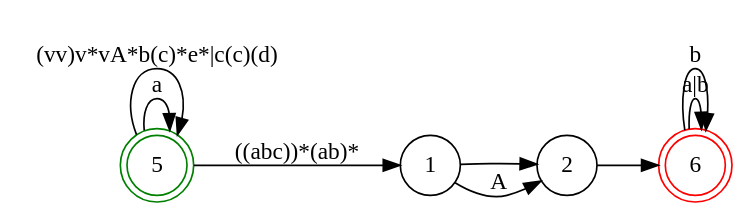
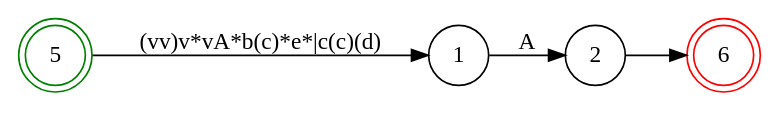
The diagram in scripts/lua/dot/NDF.dot (v012345/lua5.4.4), drawn with Graphviz before and after one commit. The commit also changed 1 other file, not shown here.

```diff
--- a/scripts/lua/dot/NDF.dot
+++ b/scripts/lua/dot/NDF.dot
@@ -1,16 +1,11 @@
 digraph NDF {
     rankdir = LR;
     size = "8,5";
     node [shape = doublecircle;];
     5 [color = green;];
     6 [color = red;];
     node [shape = circle;];
-    5 -> 5 [label = "a";];
-    5 -> 5 [label = "(vv)v*vA*b(c)*e*|c(c)(d)";];
-    5 -> 1 [label = "((abc))*(ab)*";];
-    1 -> 2 [label = "";];
+    5 -> 1 [label = "(vv)v*vA*b(c)*e*|c(c)(d)";];
     1 -> 2 [label = "A";];
     2 -> 6 [label = "";];
-    6 -> 6 [label = "a|b";];
-    6 -> 6 [label = "b";];
 }
```
